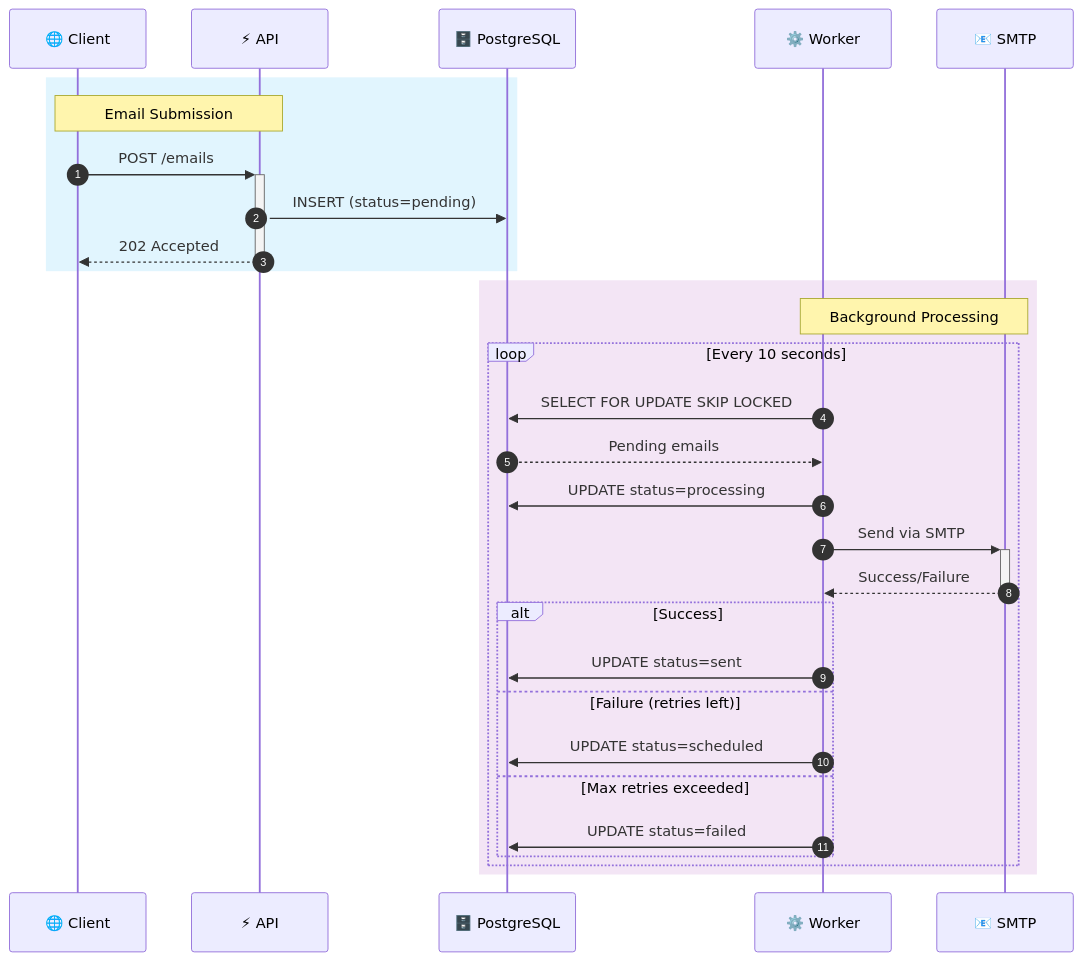
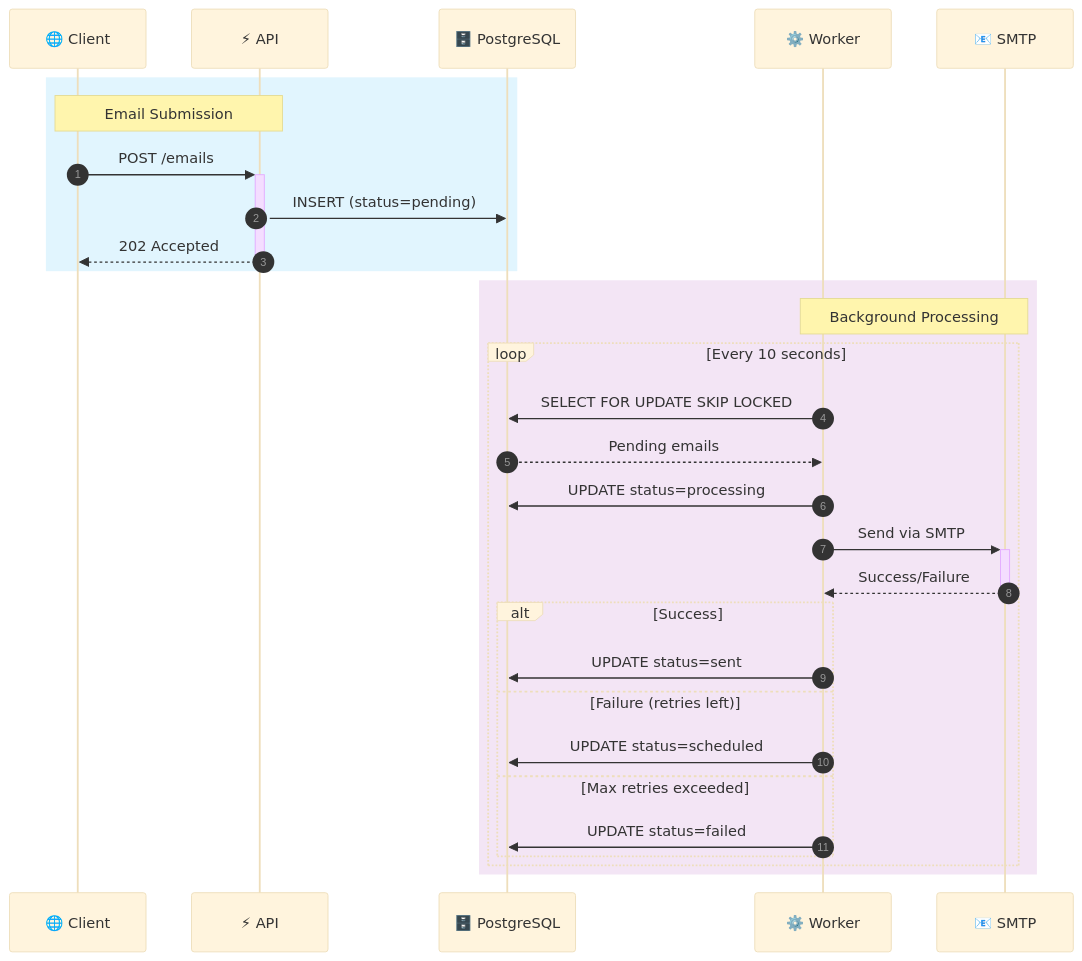
One commit to javierjortiz82/email-service changed the second of 7 diagrams in README.md. Above: the diagram before and after it, drawn with Mermaid. The commit also changed other lines of this file, not shown here.

First line of the commit message:
style: add white background to all Mermaid diagrams

````diff
--- a/README.md
+++ b/README.md
@@ -146,34 +147,35 @@
 ```mermaid
+%%{init: {'theme': 'base', 'themeVariables': { 'background': '#ffffff', 'primaryTextColor': '#333333', 'lineColor': '#666666' }}}%%
 sequenceDiagram
     autonumber
     participant C as 🌐 Client
     participant A as ⚡ API
     participant DB as 🗄️ PostgreSQL
     participant W as ⚙️ Worker
     participant S as 📧 SMTP
 
     rect rgb(225, 245, 254)
         Note over C,A: Email Submission
         C->>+A: POST /emails
         A->>DB: INSERT (status=pending)
         A-->>-C: 202 Accepted
     end
 
     rect rgb(243, 229, 245)
         Note over W,S: Background Processing
         loop Every 10 seconds
             W->>DB: SELECT FOR UPDATE SKIP LOCKED
             DB-->>W: Pending emails
             W->>DB: UPDATE status=processing
             W->>+S: Send via SMTP
             S-->>-W: Success/Failure
             alt Success
                 W->>DB: UPDATE status=sent
             else Failure (retries left)
                 W->>DB: UPDATE status=scheduled
             else Max retries exceeded
                 W->>DB: UPDATE status=failed
             end
         end
     end
 ```
````
